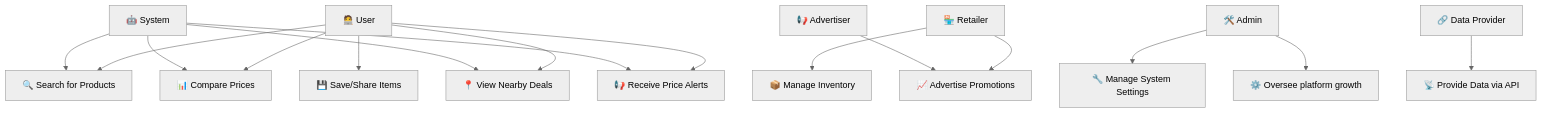
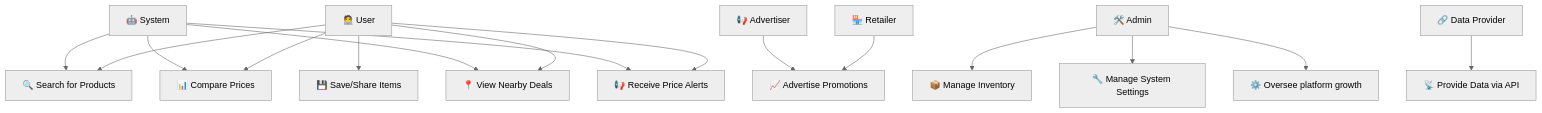
One commit to denzil-daniels-204525918/Price-aggregator-comparison-app changed the diagram in Use Case Diagrams.md. Above: the diagram before and after it, drawn with Mermaid (neutral theme).

Commit message:
Update Use Case Diagrams.md

````diff
--- a/Use Case Diagrams.md
+++ b/Use Case Diagrams.md
@@ -1,44 +1,44 @@
 ```mermaid
 graph TD;
   %% Define Actors
   User["🧑‍💻 User"] 
   Retailer["🏪 Retailer"]
   Admin["🛠️ Admin"]
   DataProvider["🔗 Data Provider"]
   Advertiser["📢 Advertiser"]
   System["🤖 System"]
 
   %% Define Use Cases
   A["🔍 Search for Products"]
   B["📊 Compare Prices"]
   C["📍 View Nearby Deals"]
   D["📢 Receive Price Alerts"]
   E["💾 Save/Share Items"]
   F["📦 Manage Inventory"]
   G["📡 Provide Data via API"]
   H["📈 Advertise Promotions"]
   I["🔧 Manage System Settings"]
   J["⚙️ Oversee platform growth"]
 
   %% Relationships
   User --> A
   User --> B
   User --> C
   User --> D
   User --> E
 
-  Retailer --> F
   Retailer --> H
 
+  Admin --> F
   Admin --> I
   Admin --> J
 
   DataProvider --> G
 
   Advertiser --> H
 
   System --> A
   System --> B
   System --> C
   System --> D
 ```
````
